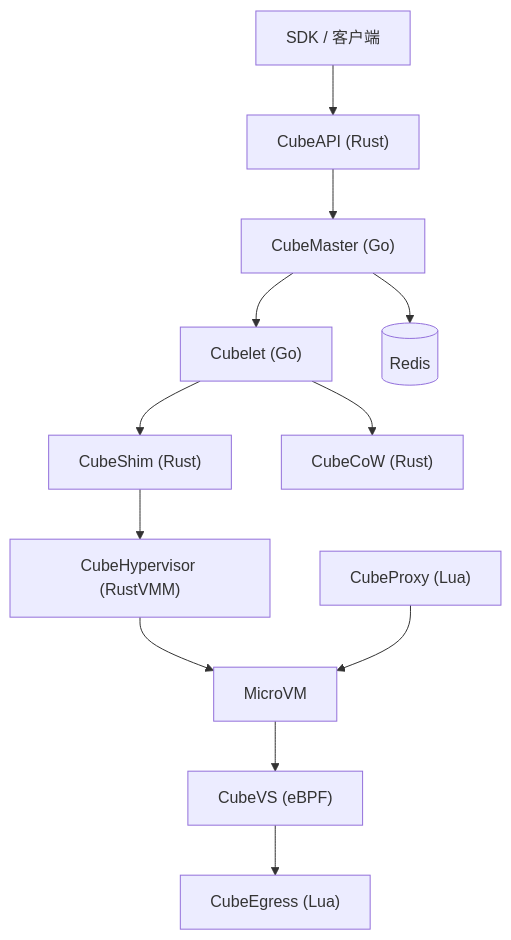
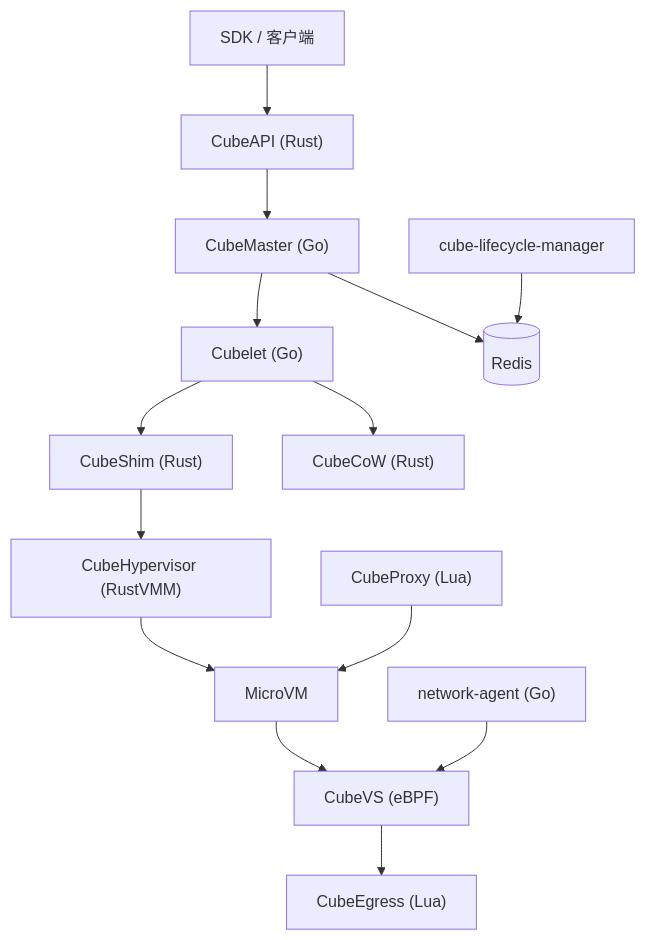
Before and after one commit to kngwyc3/CubeSandbox: the third of 11 diagrams in docs/teaching/architecture-tutorial.md, drawn with Mermaid. The commit also changed other lines of this file, not shown here.

First line of the commit message:
docs(teaching): deepen markdown tutorial with scheduling, BPF maps, template lifecycle, credential vault

````diff
--- a/docs/teaching/architecture-tutorial.md
+++ b/docs/teaching/architecture-tutorial.md
@@ -91,14 +93,16 @@
 ```mermaid
 flowchart TB
     SDK["SDK / 客户端"] --> API["CubeAPI (Rust)"]
     API --> Master["CubeMaster (Go)"]
     Master --> Cubelet["Cubelet (Go)"]
     Cubelet --> Shim["CubeShim (Rust)"]
     Shim --> Hyp["CubeHypervisor (RustVMM)"]
     Hyp --> VM["MicroVM"]
     Proxy["CubeProxy (Lua)"] --> VM
     Cubelet --> CoW["CubeCoW (Rust)"]
     VM --> VS["CubeVS (eBPF)"]
     VS --> Egress["CubeEgress (Lua)"]
     Master --> Redis[("Redis")]
+    Mgr["cube-lifecycle-manager"] --> Redis
+    NetAgent["network-agent (Go)"] --> VS
 ```
````
